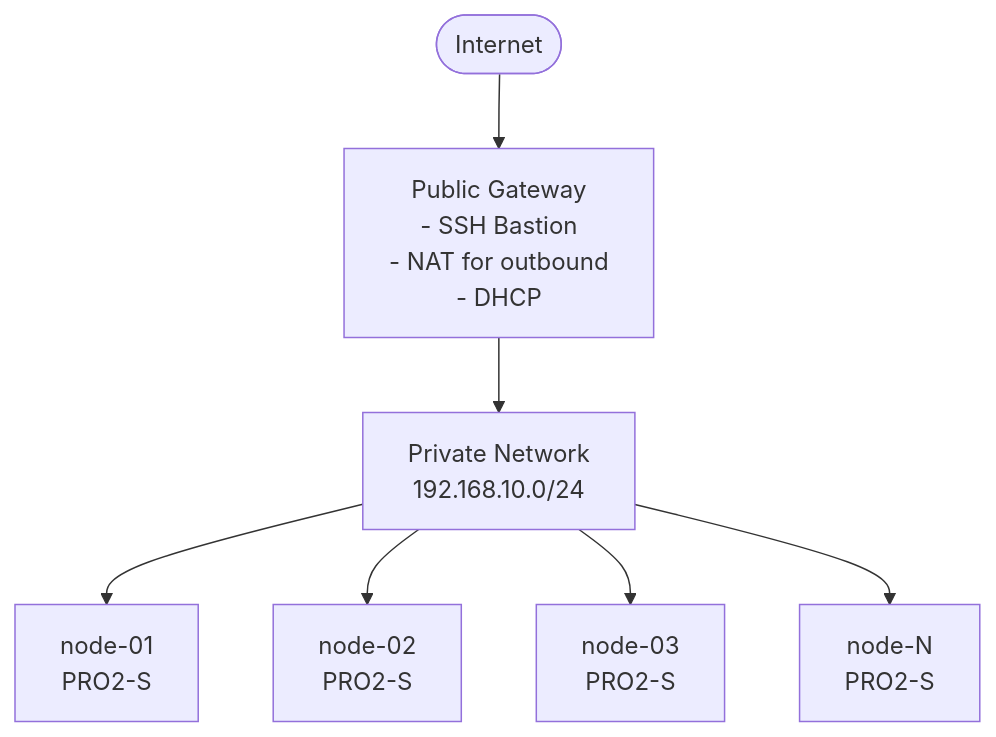
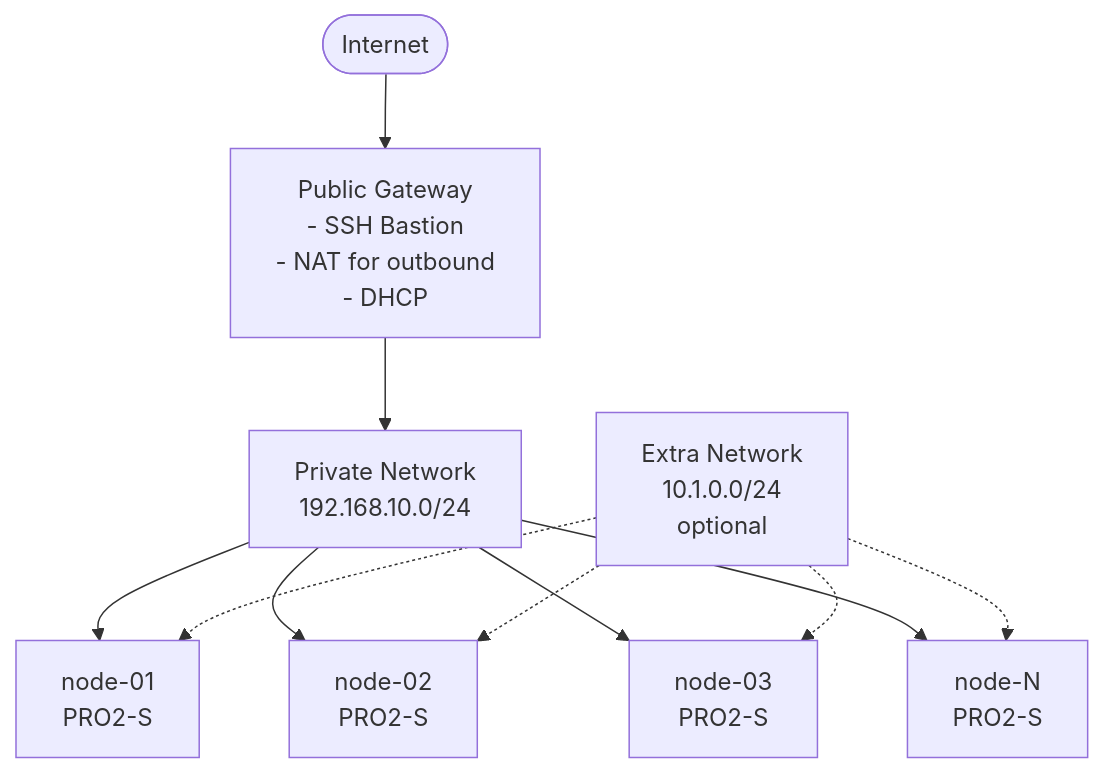
One commit to scality/platform-spawner changed the diagram in README.md. Above: the diagram before and after it, drawn with Mermaid. The commit also changed other lines of this file and 6 other files, not shown here.

````diff
--- a/README.md
+++ b/README.md
@@ -148,17 +473,22 @@
 ```mermaid
 graph TD
     Internet([Internet])
     Gateway[Public Gateway<br/>- SSH Bastion<br/>- NAT for outbound<br/>- DHCP]
     PrivateNet[Private Network<br/>192.168.10.0/24]
+    ExtraNet[Extra Network<br/>10.1.0.0/24<br/>optional]
     Node1[node-01<br/>PRO2-S]
     Node2[node-02<br/>PRO2-S]
     Node3[node-03<br/>PRO2-S]
     NodeN[node-N<br/>PRO2-S]
 
     Internet --> Gateway
     Gateway --> PrivateNet
     PrivateNet --> Node1
     PrivateNet --> Node2
     PrivateNet --> Node3
     PrivateNet --> NodeN
+    ExtraNet -.-> Node1
+    ExtraNet -.-> Node2
+    ExtraNet -.-> Node3
+    ExtraNet -.-> NodeN
 ```
````
